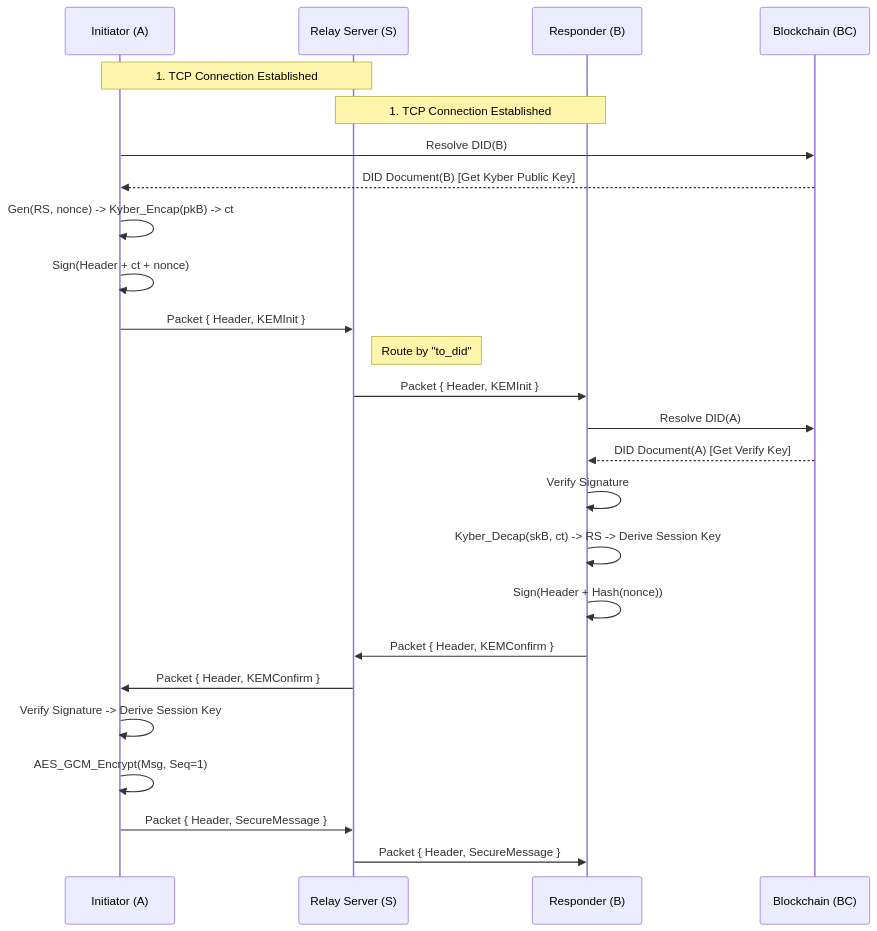
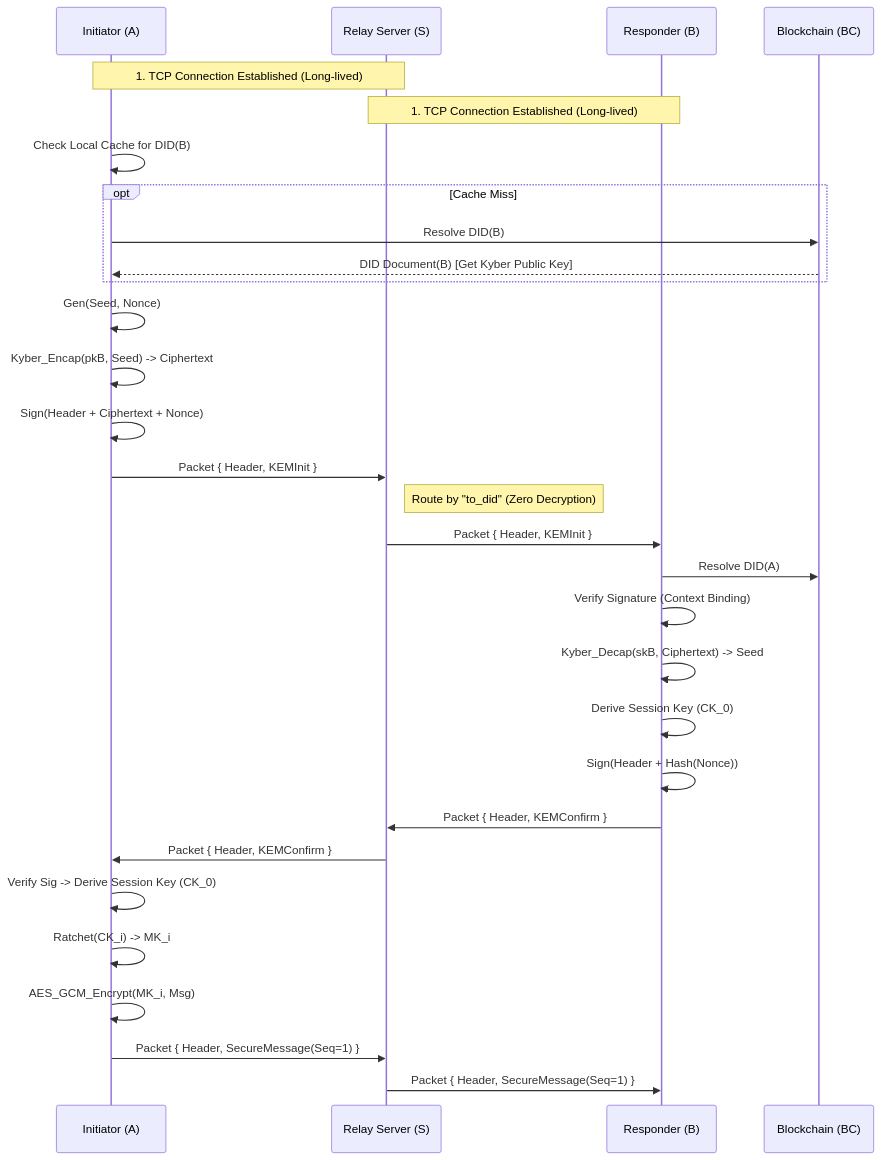
The diagram in spec/docs/spec.md (qujing226/QLink), drawn with Mermaid before and after one commit. The commit also changed other lines of this file and 1 other file, not shown here.

````diff
--- a/spec/docs/spec.md
+++ b/spec/docs/spec.md
@@ -58,36 +104,41 @@
 ```mermaid
 sequenceDiagram
     participant A as Initiator (A)
     participant S as Relay Server (S)
     participant B as Responder (B)
     participant BC as Blockchain (BC)
 
-    Note over A, S: 1. TCP Connection Established
-    Note over B, S: 1. TCP Connection Established
+    Note over A, S: 1. TCP Connection Established (Long-lived)
+    Note over B, S: 1. TCP Connection Established (Long-lived)
 
-    %% Step 1: Resolve Identity
-    A->>BC: Resolve DID(B)
-    BC-->>A: DID Document(B) [Get Kyber Public Key]
+    %% Step 1: Identity Resolution (S-AKE)
+    A->>A: Check Local Cache for DID(B)
+    opt Cache Miss
+        A->>BC: Resolve DID(B)
+        BC-->>A: DID Document(B) [Get Kyber Public Key]
+    end
 
     %% Step 2: Handshake Init
-    A->>A: Gen(RS, nonce) -> Kyber_Encap(pkB) -> ct
-    A->>A: Sign(Header + ct + nonce)
+    A->>A: Gen(Seed, Nonce)
+    A->>A: Kyber_Encap(pkB, Seed) -> Ciphertext
+    A->>A: Sign(Header + Ciphertext + Nonce)
     A->>S: Packet { Header, KEMInit }
-    Note right of S: Route by "to_did"
+    Note right of S: Route by "to_did" (Zero Decryption)
     S->>B: Packet { Header, KEMInit }
 
     %% Step 3: Handshake Confirm
     B->>BC: Resolve DID(A)
-    BC-->>B: DID Document(A) [Get Verify Key]
-    B->>B: Verify Signature
-    B->>B: Kyber_Decap(skB, ct) -> RS -> Derive Session Key
-    B->>B: Sign(Header + Hash(nonce))
+    B->>B: Verify Signature (Context Binding)
+    B->>B: Kyber_Decap(skB, Ciphertext) -> Seed
+    B->>B: Derive Session Key (CK_0)
+    B->>B: Sign(Header + Hash(Nonce))
     B->>S: Packet { Header, KEMConfirm }
     S->>A: Packet { Header, KEMConfirm }
 
-    %% Step 4: Secure Communication
-    A->>A: Verify Signature -> Derive Session Key
-    A->>A: AES_GCM_Encrypt(Msg, Seq=1)
-    A->>S: Packet { Header, SecureMessage }
-    S->>B: Packet { Header, SecureMessage }
+    %% Step 4: Secure Communication (Q-Ratchet)
+    A->>A: Verify Sig -> Derive Session Key (CK_0)
+    A->>A: Ratchet(CK_i) -> MK_i
+    A->>A: AES_GCM_Encrypt(MK_i, Msg)
+    A->>S: Packet { Header, SecureMessage(Seq=1) }
+    S->>B: Packet { Header, SecureMessage(Seq=1) }
 ```
````
